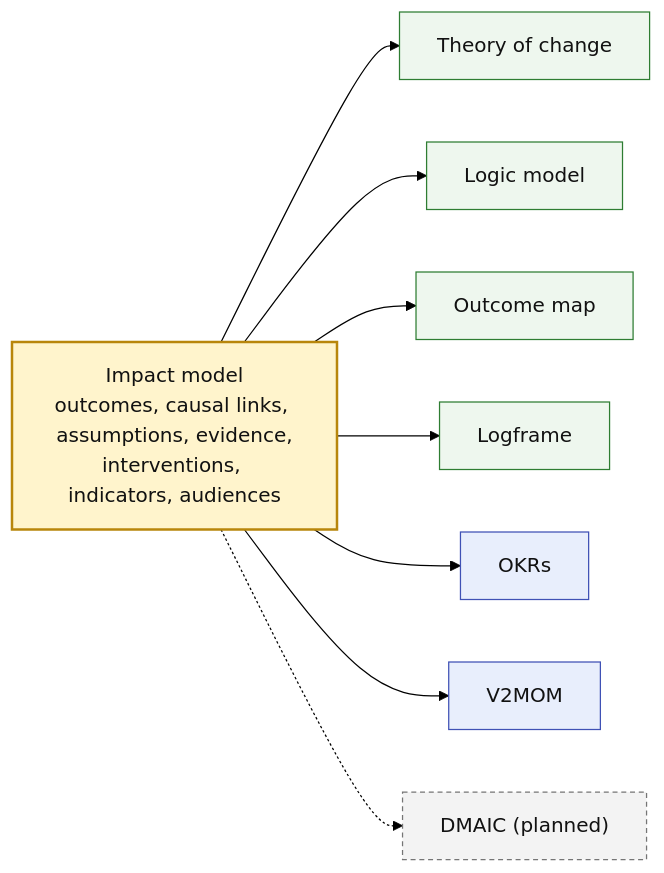
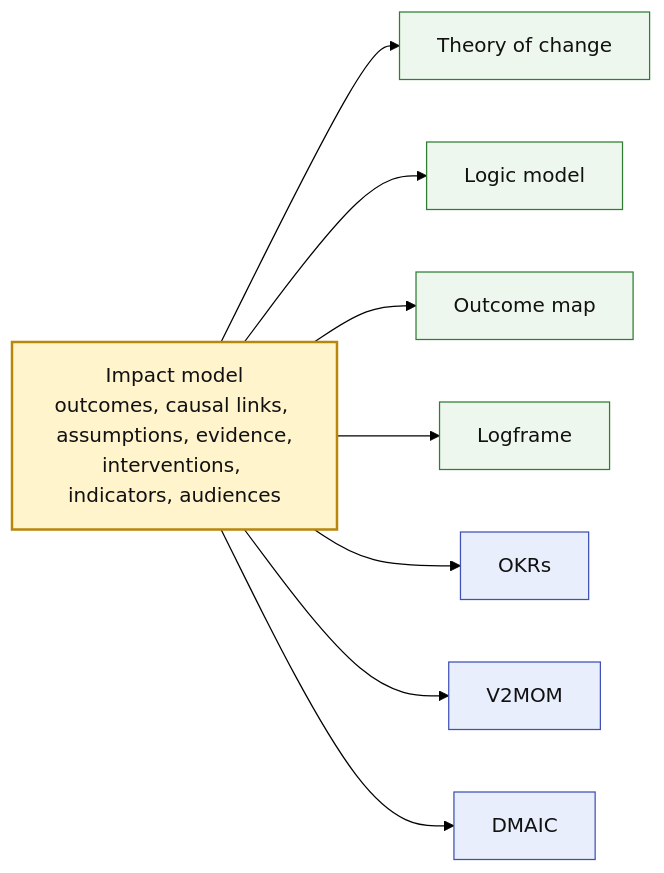
One commit to ProductBuildersHQ/theoryofchange-spec changed the first of 4 diagrams in README.md. Above: the diagram before and after it, drawn with Mermaid (forest theme). The commit also changed other lines of this file and 10 other files, not shown here.

````diff
--- a/README.md
+++ b/README.md
@@ -35,16 +35,16 @@
 ```mermaid
 flowchart LR
   classDef model fill:#fff4cc,stroke:#b8860b,stroke-width:2px,color:#111
   classDef method fill:#eef7ee,stroke:#2e7d32,color:#111
   classDef strategy fill:#e8eefc,stroke:#3f51b5,color:#111
   classDef planned fill:#f3f3f3,stroke:#757575,stroke-dasharray:4 3,color:#111
 
   im["Impact model<br/>outcomes, causal links, assumptions, evidence,<br/>interventions, indicators, audiences"]:::model
   im --> toc["Theory of change"]:::method
   im --> lm["Logic model"]:::method
   im --> om["Outcome map"]:::method
   im --> lf["Logframe"]:::method
   im --> okr["OKRs"]:::strategy
   im --> v2["V2MOM"]:::strategy
-  im -.-> dm["DMAIC (planned)"]:::planned
+  im --> dm["DMAIC"]:::strategy
 ```
````
